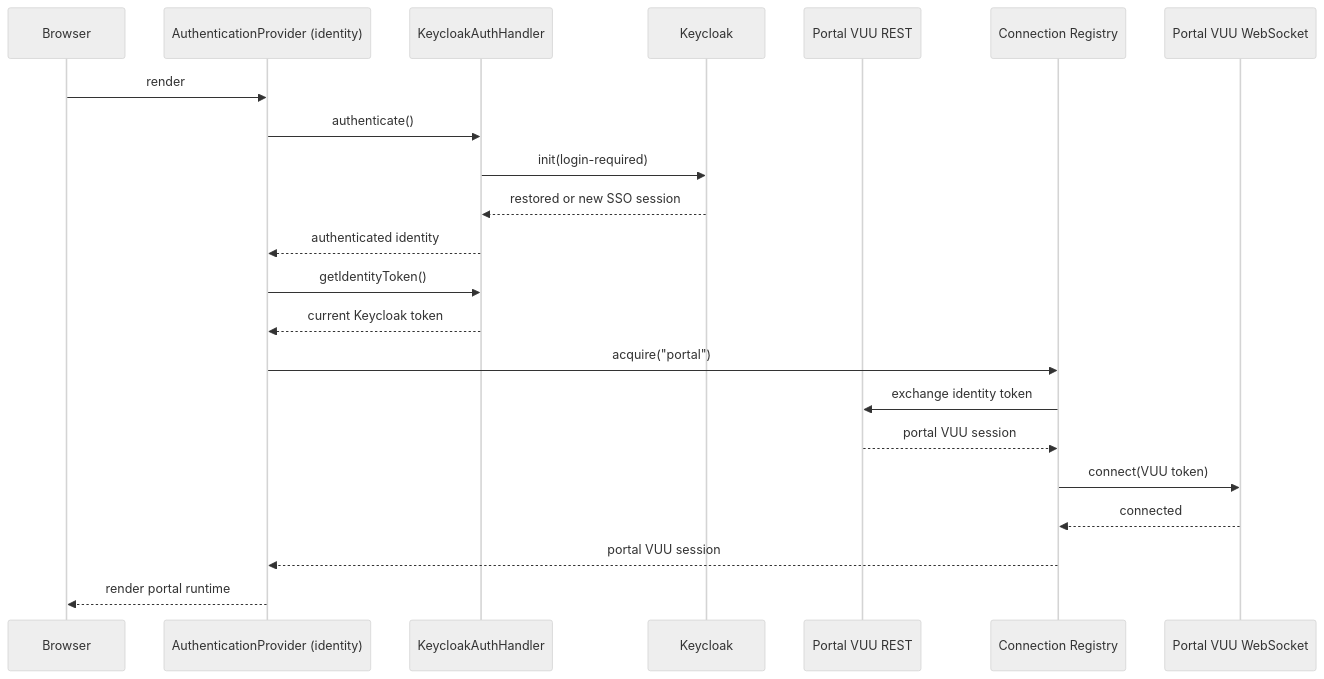
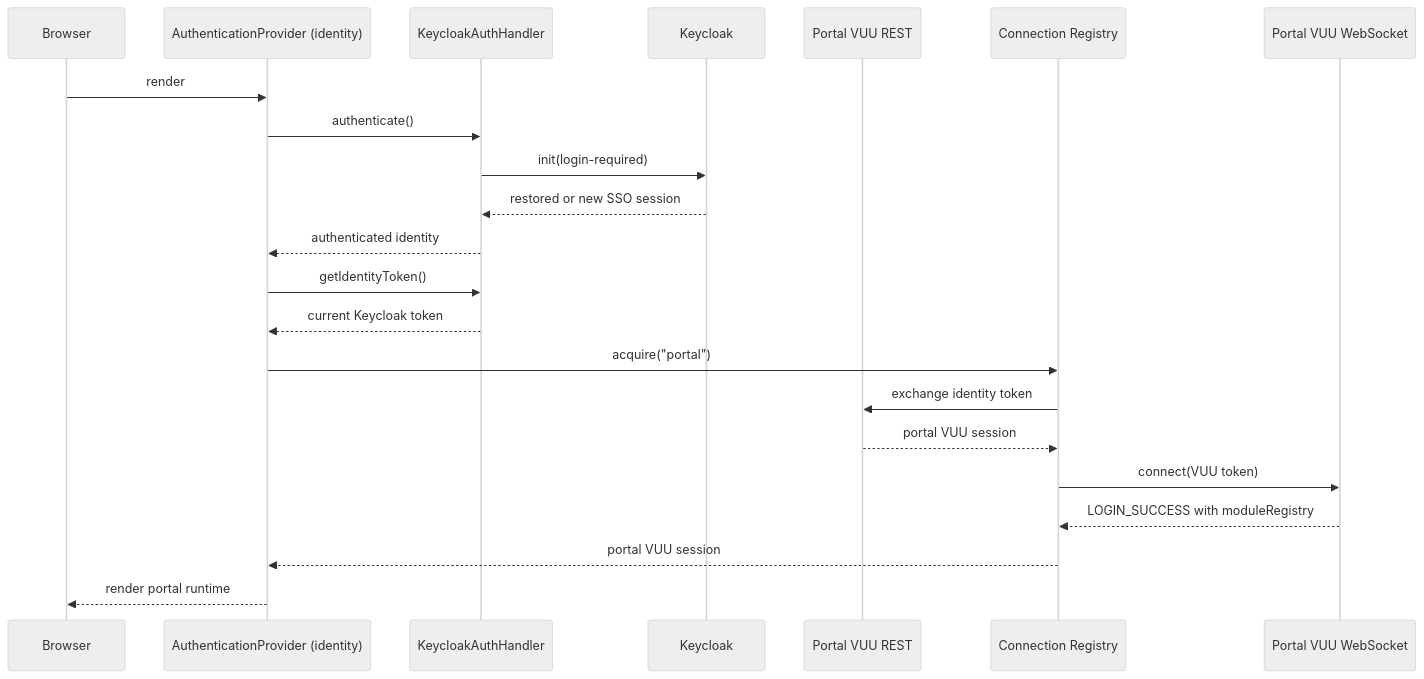
The first of 2 diagrams in vuu-ui/docs/authentication-refactor-proposal.md (finos/vuu), drawn with Mermaid (neutral theme) before and after one commit. The commit also changed other lines of this file and 22 other files, not shown here.

First line of the commit message:
Refactor portal module discovery flow

````diff
--- a/vuu-ui/docs/authentication-refactor-proposal.md
+++ b/vuu-ui/docs/authentication-refactor-proposal.md
@@ -554,25 +558,25 @@
 ```mermaid
 sequenceDiagram
   participant Browser
   participant Identity as AuthenticationProvider (identity)
   participant Handler as KeycloakAuthHandler
   participant Keycloak
   participant PortalREST as Portal VUU REST
   participant Registry as Connection Registry
   participant PortalWS as Portal VUU WebSocket
 
   Browser->>Identity: render
   Identity->>Handler: authenticate()
   Handler->>Keycloak: init(login-required)
   Keycloak-->>Handler: restored or new SSO session
   Handler-->>Identity: authenticated identity
   Identity->>Handler: getIdentityToken()
   Handler-->>Identity: current Keycloak token
   Identity->>Registry: acquire("portal")
   Registry->>PortalREST: exchange identity token
   PortalREST-->>Registry: portal VUU session
   Registry->>PortalWS: connect(VUU token)
-  PortalWS-->>Registry: connected
+  PortalWS-->>Registry: LOGIN_SUCCESS with moduleRegistry
   Registry-->>Identity: portal VUU session
   Identity-->>Browser: render portal runtime
 ```
````
